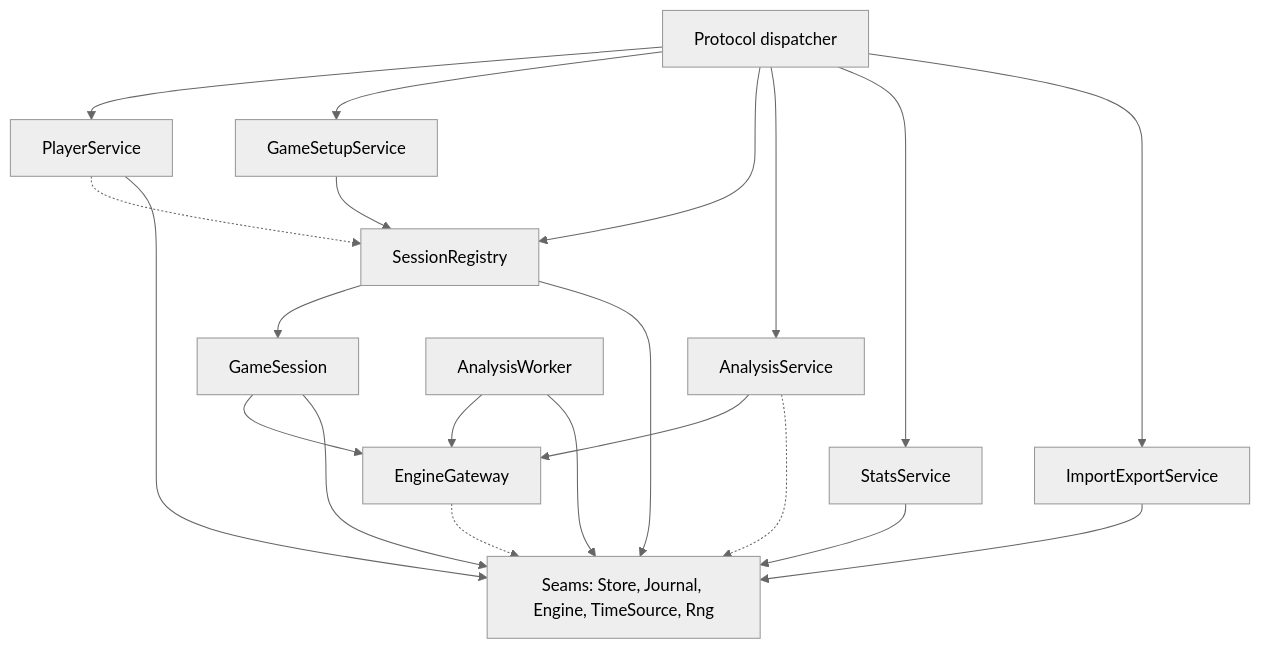
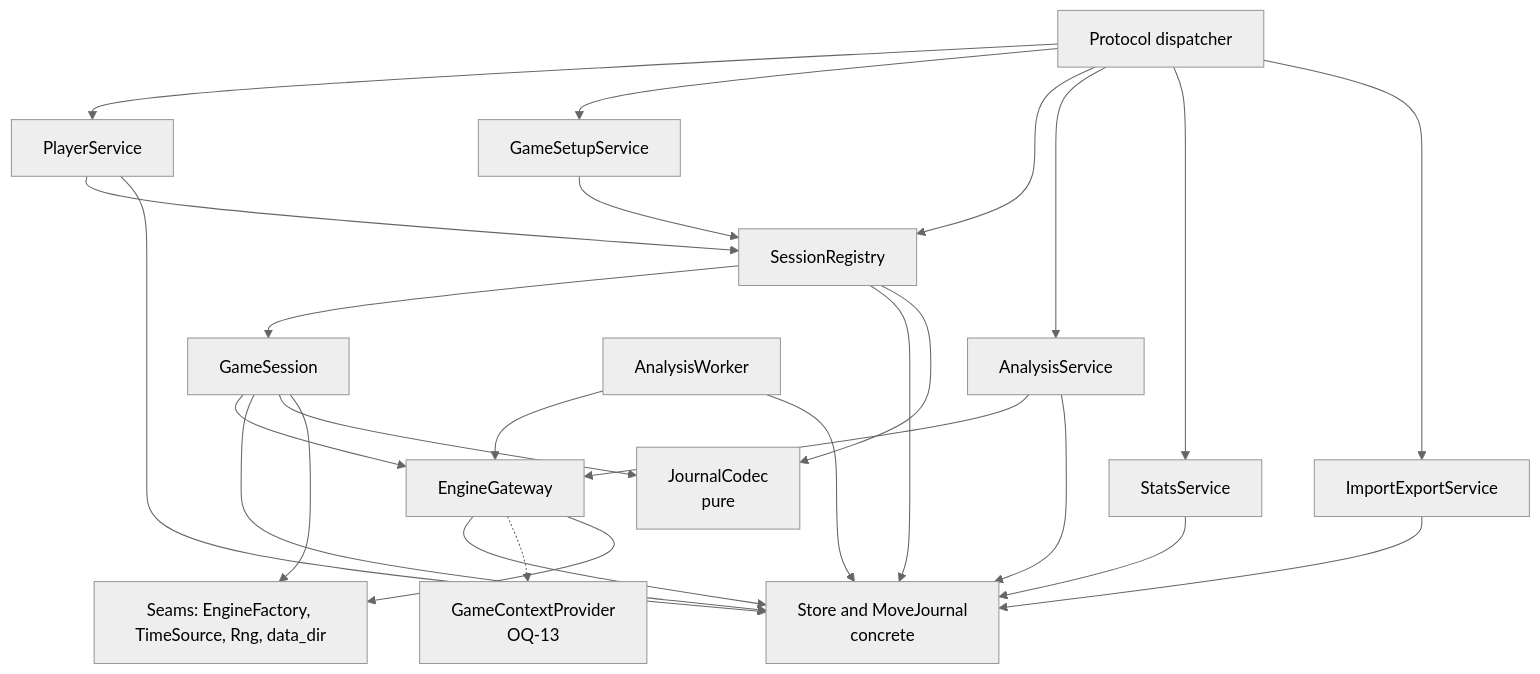
The third of 15 diagrams in docs/design/SDD-chess-app.md (bprascher/chess), drawn with Mermaid (neutral theme) before and after one commit. The commit also changed other lines of this file and 17 other files, not shown here.

First line of the commit message:
Apply architecture addendum B and C to the SDDs and add the v0.4 consistency pass

````diff
--- a/docs/design/SDD-chess-app.md
+++ b/docs/design/SDD-chess-app.md
@@ -238,34 +251,41 @@
 ```mermaid
 flowchart TB
     api["Protocol dispatcher"]
     pl["PlayerService"]
     su["GameSetupService"]
     reg["SessionRegistry"]
     ses["GameSession"]
     an["AnalysisService"]
     wk["AnalysisWorker"]
     gw["EngineGateway"]
     st["StatsService"]
     io["ImportExportService"]
-    seam["Seams: Store, Journal, Engine, TimeSource, Rng"]
+    seam["Seams: EngineFactory, TimeSource, Rng, data_dir"]
+    sto["Store and MoveJournal<br/>concrete"]
+    codec["JournalCodec<br/>pure"]
     api --> pl
     api --> su
     api --> reg
     api --> an
     api --> st
     api --> io
     su --> reg
     reg --> ses
     ses --> gw
     an --> gw
     wk --> gw
-    pl -.-> reg
-    an -.-> seam
-    gw -.-> seam
-    pl --> seam
-    reg --> seam
+    pl --> reg
+    an --> sto
+    gw --> sto
+    gw -.-> ctx["GameContextProvider<br/>OQ-13"]
+    gw --> seam
+    pl --> sto
+    reg --> sto
+    ses --> sto
+    ses --> codec
+    reg --> codec
     ses --> seam
-    st --> seam
-    io --> seam
-    wk --> seam
+    st --> sto
+    io --> sto
+    wk --> sto
 ```
````
